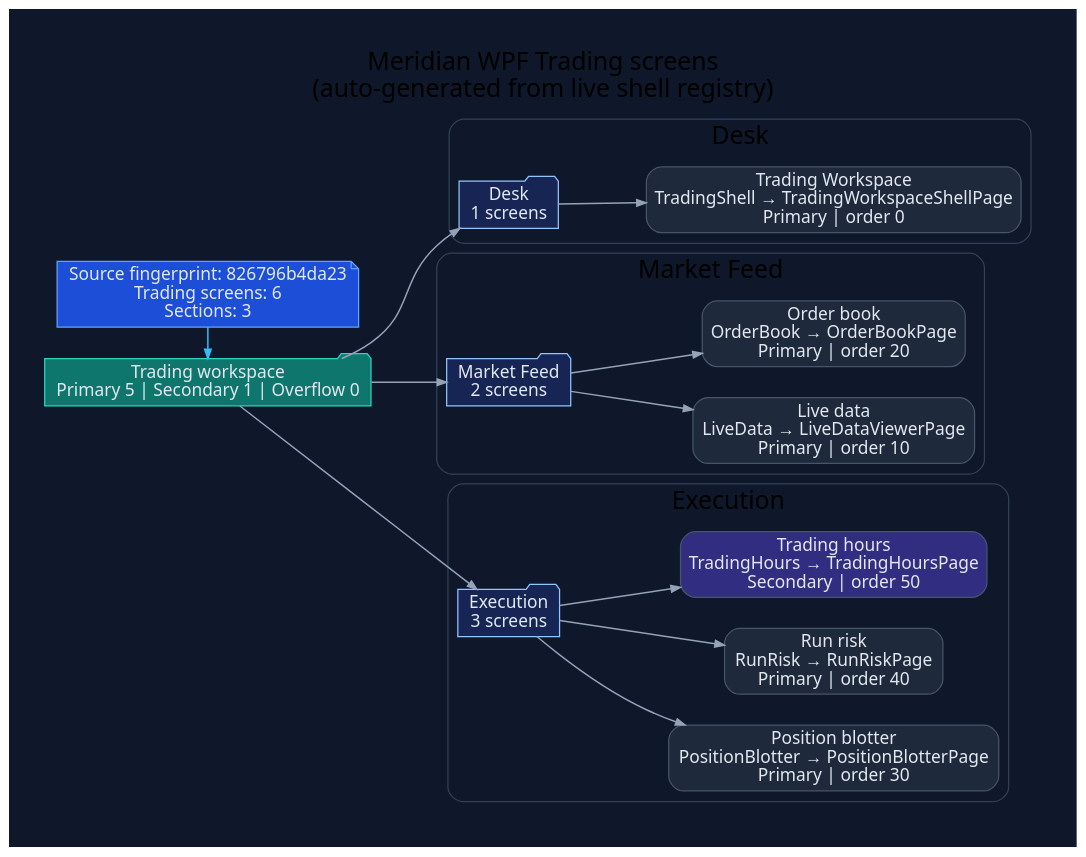
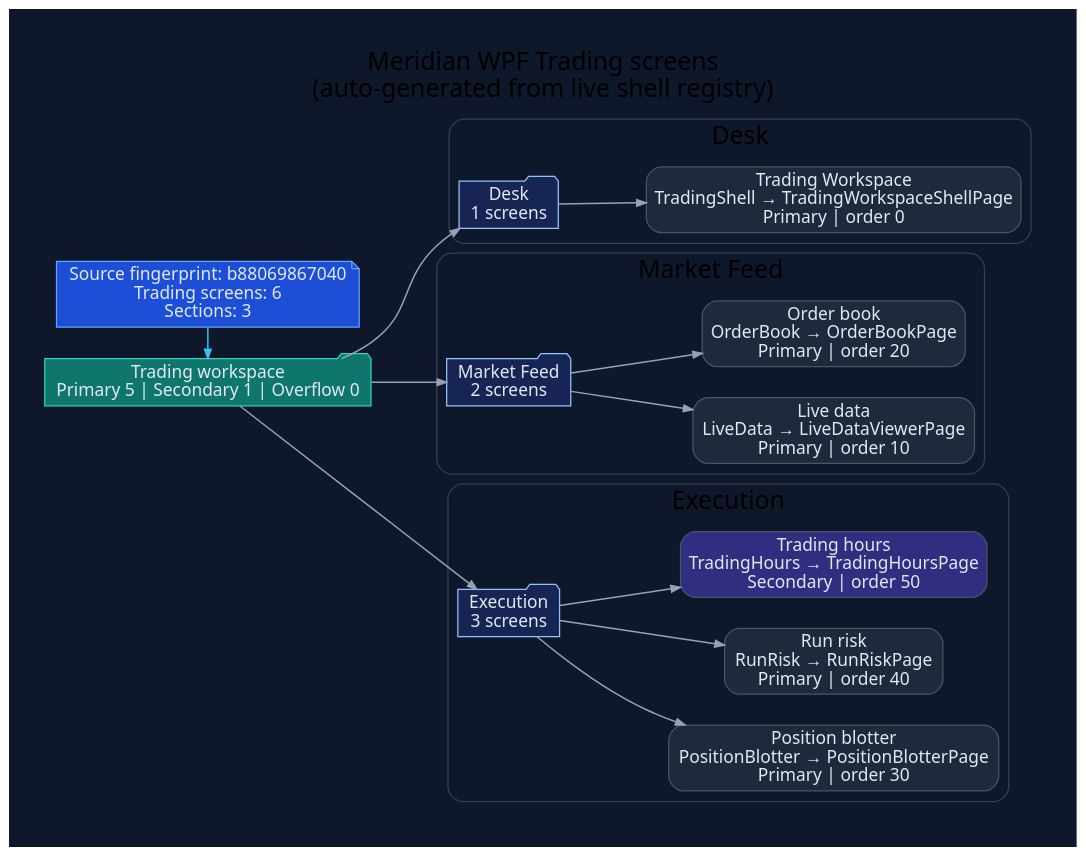
One commit to rodoHasArrived/Meridian-main changed the diagram in docs/diagrams/ui-wpf-screens-trading.dot. Above: the diagram before and after it, drawn with Graphviz. The commit also changed 96 other files, not shown here.

First line of the commit message:
Refresh reviewed generated documentation and source hashes for the stack

```diff
--- a/docs/diagrams/ui-wpf-screens-trading.dot
+++ b/docs/diagrams/ui-wpf-screens-trading.dot
@@ -1,62 +1,62 @@
 // -----------------------------------------------------------------------------
 // <auto-generated>
 // Generated by scripts/generate-diagrams.mjs.
 // Do not edit this file directly; update the WPF source files instead.
 // -----------------------------------------------------------------------------
 digraph WpfTradingScreens {
   graph [
     rankdir=LR,
     labelloc=t,
     label="Meridian WPF Trading screens\n(auto-generated from live shell registry)",
     fontname="Segoe UI",
     fontsize=20,
     pad=0.4,
     nodesep=0.35,
     ranksep=0.85,
     bgcolor="#0f172a"
   ];
   node [fontname="Segoe UI", shape=box, style="rounded,filled", color="#475569", fontcolor="#e2e8f0", fillcolor="#1e293b"];
   edge [fontname="Segoe UI", color="#94a3b8", penwidth=1.2, arrowsize=0.75];
 
-  generated [shape=note, fillcolor="#1d4ed8", color="#60a5fa", label="Source fingerprint: 826796b4da23\nTrading screens: 6\nSections: 3"];
+  generated [shape=note, fillcolor="#1d4ed8", color="#60a5fa", label="Source fingerprint: b88069867040\nTrading screens: 6\nSections: 3"];
   workspace [shape=folder, fillcolor="#0f766e", color="#2dd4bf", label="Trading workspace\nPrimary 5 | Secondary 1 | Overflow 0"];
   generated -> workspace [color="#38bdf8"];
 
   subgraph cluster_section_1 {
     label="Desk";
     color="#334155";
     style="rounded";
     section_1 [shape=folder, fillcolor="#172554", color="#93c5fd", label="Desk\n1 screens"];
     workspace -> section_1;
     screen_TradingShell [fillcolor="#1e293b", label="Trading Workspace\nTradingShell → TradingWorkspaceShellPage\nPrimary | order 0"];
     section_1 -> screen_TradingShell;
   }
 
   subgraph cluster_section_2 {
     label="Market Feed";
     color="#334155";
     style="rounded";
     section_2 [shape=folder, fillcolor="#172554", color="#93c5fd", label="Market Feed\n2 screens"];
     workspace -> section_2;
     screen_LiveData [fillcolor="#1e293b", label="Live data\nLiveData → LiveDataViewerPage\nPrimary | order 10"];
     section_2 -> screen_LiveData;
     screen_OrderBook [fillcolor="#1e293b", label="Order book\nOrderBook → OrderBookPage\nPrimary | order 20"];
     section_2 -> screen_OrderBook;
   }
 
   subgraph cluster_section_3 {
     label="Execution";
     color="#334155";
     style="rounded";
     section_3 [shape=folder, fillcolor="#172554", color="#93c5fd", label="Execution\n3 screens"];
     workspace -> section_3;
     screen_PositionBlotter [fillcolor="#1e293b", label="Position blotter\nPositionBlotter → PositionBlotterPage\nPrimary | order 30"];
     section_3 -> screen_PositionBlotter;
     screen_RunRisk [fillcolor="#1e293b", label="Run risk\nRunRisk → RunRiskPage\nPrimary | order 40"];
     section_3 -> screen_RunRisk;
     screen_TradingHours [fillcolor="#312e81", label="Trading hours\nTradingHours → TradingHoursPage\nSecondary | order 50"];
     section_3 -> screen_TradingHours;
   }
 
   { rank=min; generated; workspace; }
 }
```
